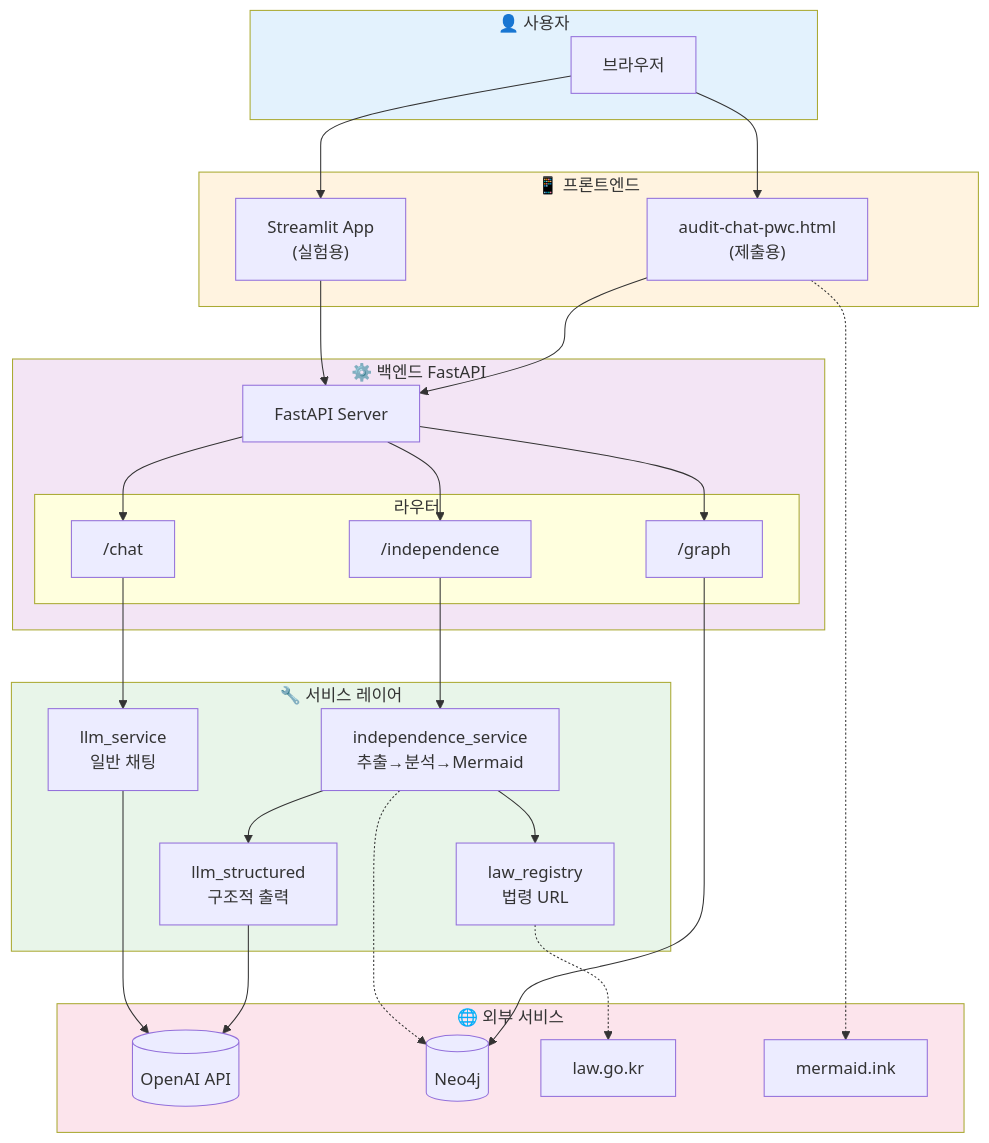
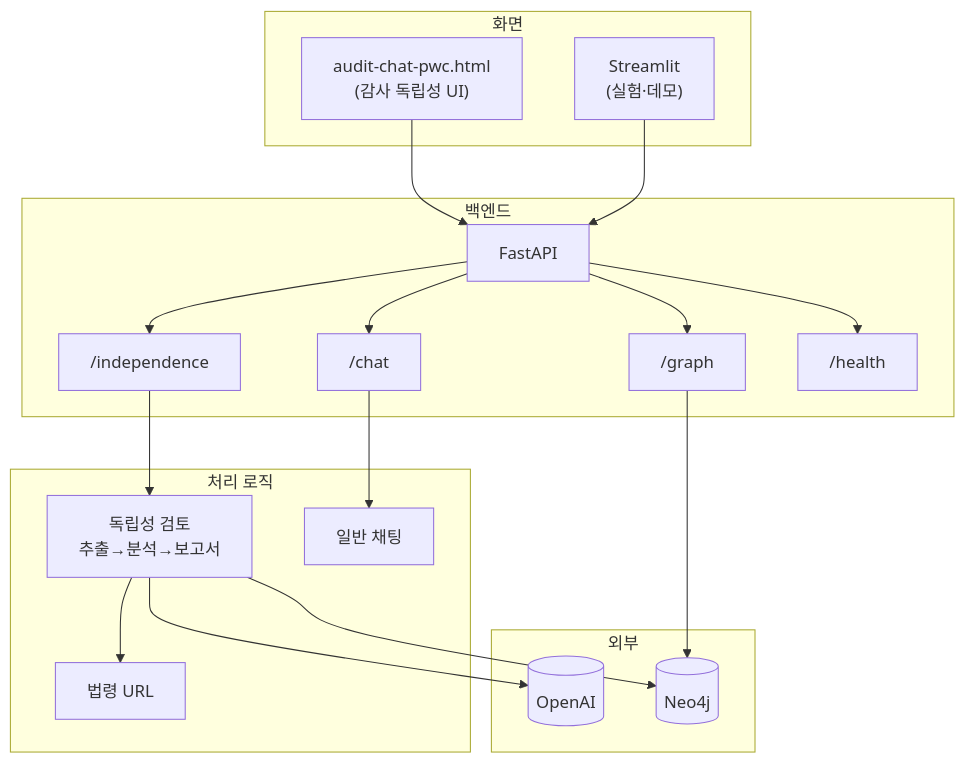
Before and after one commit to psych3ma/audit-chat: the second of 2 diagrams in docs/ARCHITECTURE.md, drawn with Mermaid. The commit also changed other lines of this file and 45 other files, not shown here.

Commit message:
chore: portfolio cleanup — README, ARCHITECTURE, doc index, and archive

````diff
--- a/docs/ARCHITECTURE.md
+++ b/docs/ARCHITECTURE.md
@@ -25,63 +47,31 @@
 ```mermaid
 flowchart TB
-    subgraph User["👤 사용자"]
-        Browser[브라우저]
+    subgraph Frontend["화면"]
+        HTML["audit-chat-pwc.html<br/>(감사 독립성 UI)"]
+        Streamlit["Streamlit<br/>(실험·데모)"]
     end
-
-    subgraph Frontend["📱 프론트엔드"]
-        StaticHTML["audit-chat-pwc.html<br/>(제출용)"]
-        Streamlit["Streamlit App<br/>(실험용)"]
+    subgraph Backend["백엔드"]
+        API[FastAPI]
+        API --> R1["/independence"]
+        API --> R2["/chat"]
+        API --> R3["/graph"]
+        API --> R4["/health"]
     end
-
-    subgraph Backend["⚙️ 백엔드 FastAPI"]
-        FastAPI[FastAPI Server]
-        subgraph Routers["라우터"]
-            R1["/independence"]
-            R2["/chat"]
-            R3["/graph"]
-        end
+    subgraph Services["처리 로직"]
+        Indep["독립성 검토<br/>추출→분석→보고서"]
+        Chat["일반 채팅"]
+        Law["법령 URL"]
     end
-
-    subgraph Services["🔧 서비스 레이어"]
-        IndepSvc["independence_service<br/>추출→분석→Mermaid"]
-        LLMStruct["llm_structured<br/>구조적 출력"]
-        LLMSvc["llm_service<br/>일반 채팅"]
-        LawReg["law_registry<br/>법령 URL"]
+    subgraph External["외부"]
+        OpenAI[(OpenAI)]
+        Neo4j[(Neo4j)]
     end
-
-    subgraph External["🌐 외부 서비스"]
-        OpenAI[(OpenAI API)]
-        Neo4j[(Neo4j)]
-        LawGoKr[law.go.kr]
-        MermaidInk[mermaid.ink]
-    end
-
-    Browser --> StaticHTML
-    Browser --> Streamlit
-    StaticHTML --> FastAPI
-    Streamlit --> FastAPI
-    
-    FastAPI --> R1
-    FastAPI --> R2
-    FastAPI --> R3
-    
-    R1 --> IndepSvc
-    R2 --> LLMSvc
+    HTML --> API
+    Streamlit --> API
+    R1 --> Indep
+    R2 --> Chat
     R3 --> Neo4j
-    
-    IndepSvc --> LLMStruct
-    IndepSvc --> LawReg
-    IndepSvc -.-> Neo4j
-    
-    LLMStruct --> OpenAI
-    LLMSvc --> OpenAI
-    LawReg -.-> LawGoKr
-    
-    StaticHTML -.-> MermaidInk
-
-    style User fill:#e3f2fd
-    style Frontend fill:#fff3e0
-    style Backend fill:#f3e5f5
-    style Services fill:#e8f5e9
-    style External fill:#fce4ec
+    Indep --> OpenAI
+    Indep --> Law
+    Indep --> Neo4j
 ```
````
